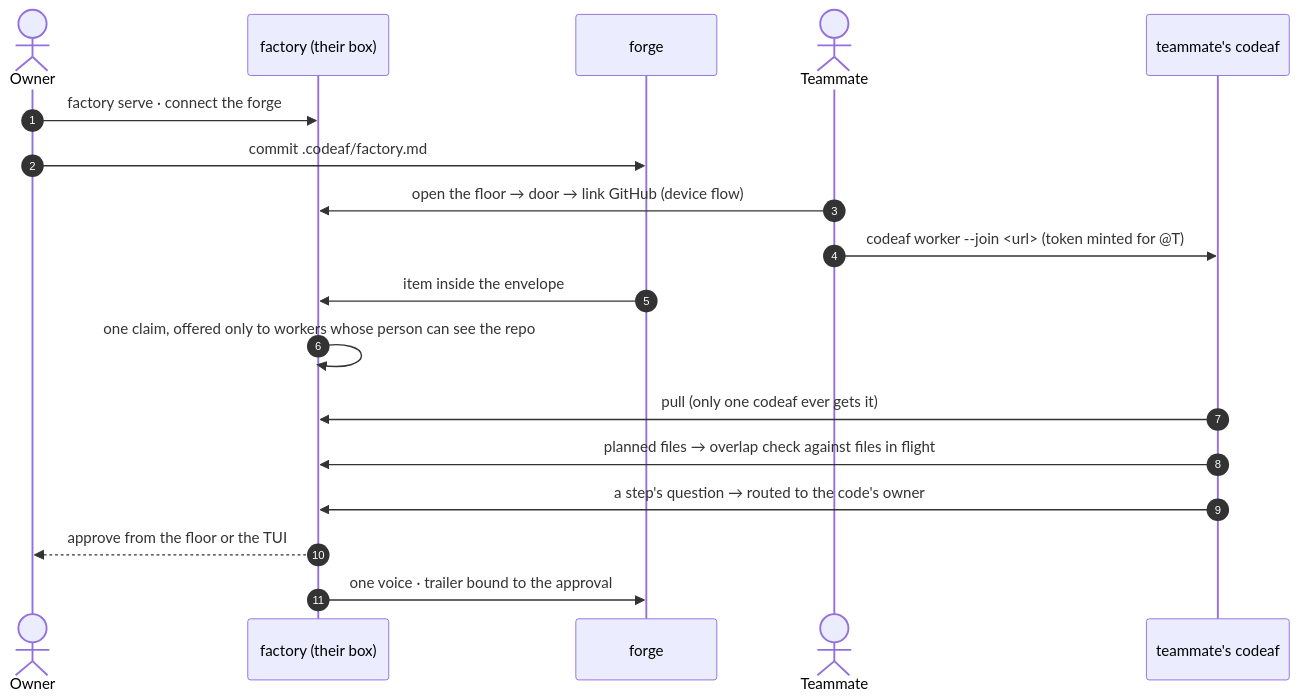
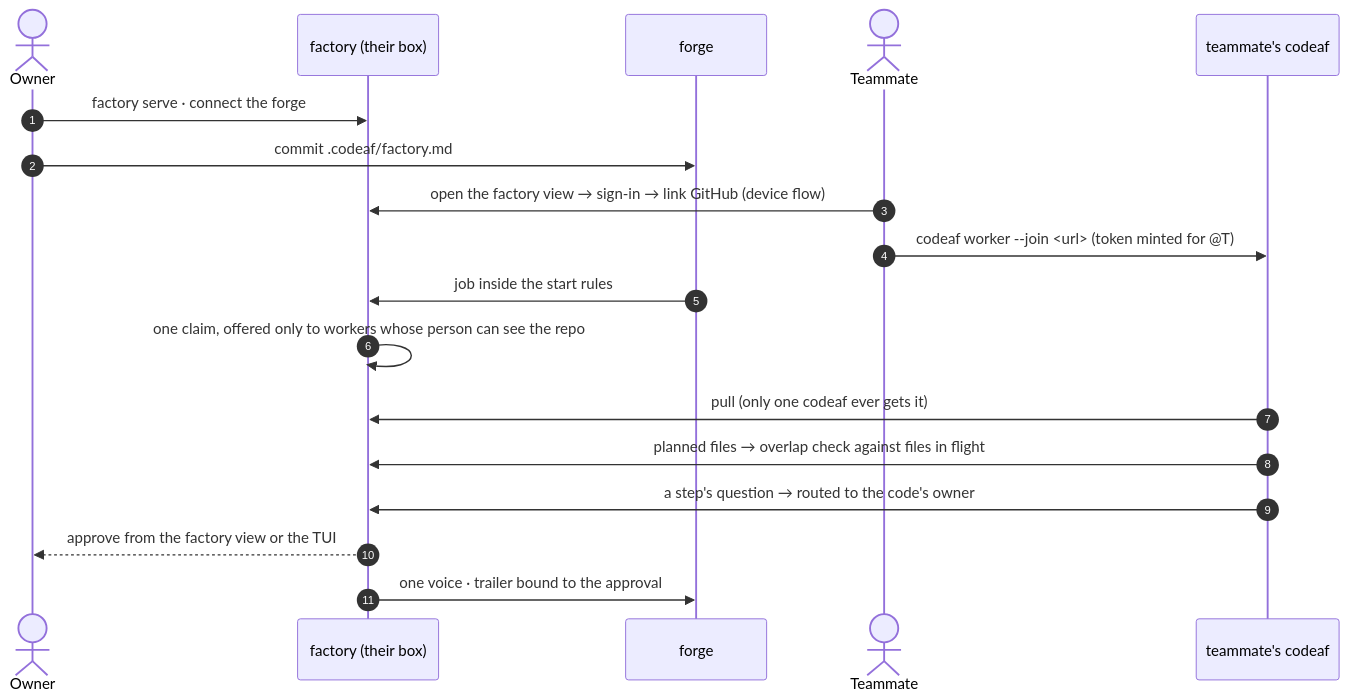
The fourth of 6 diagrams in docs/design/factory/PRODUCT.md (0xMrMasry/CodeAF), drawn with Mermaid before and after one commit. The commit also changed other lines of this file and 1 other file, not shown here.

Commit message:
docs(factory): release plan R0 binary / R1 controller app / R2 chat; vocabulary sweep

````diff
--- a/docs/design/factory/PRODUCT.md
+++ b/docs/design/factory/PRODUCT.md
@@ -304,20 +314,20 @@
 ```mermaid
 sequenceDiagram
     autonumber
     actor O as Owner
     participant F as factory (their box)
     participant G as forge
     actor T as Teammate
     participant C as teammate's codeaf
     O->>F: factory serve · connect the forge
     O->>G: commit .codeaf/factory.md
-    T->>F: open the floor → door → link GitHub (device flow)
+    T->>F: open the factory view → sign-in → link GitHub (device flow)
     T->>C: codeaf worker --join <url> (token minted for @T)
-    G->>F: item inside the envelope
+    G->>F: job inside the start rules
     F->>F: one claim, offered only to workers whose person can see the repo
     C->>F: pull (only one codeaf ever gets it)
     C->>F: planned files → overlap check against files in flight
     C->>F: a step's question → routed to the code's owner
-    F-->>O: approve from the floor or the TUI
+    F-->>O: approve from the factory view or the TUI
     F->>G: one voice · trailer bound to the approval
 ```
````
